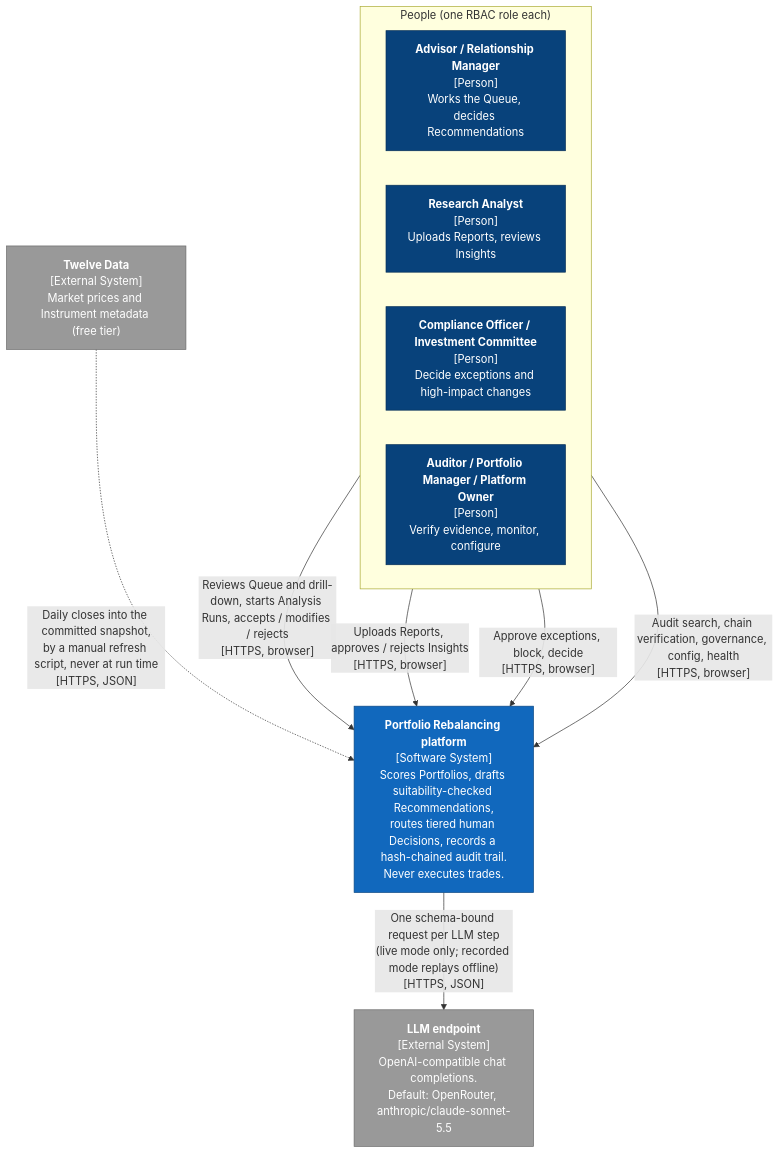
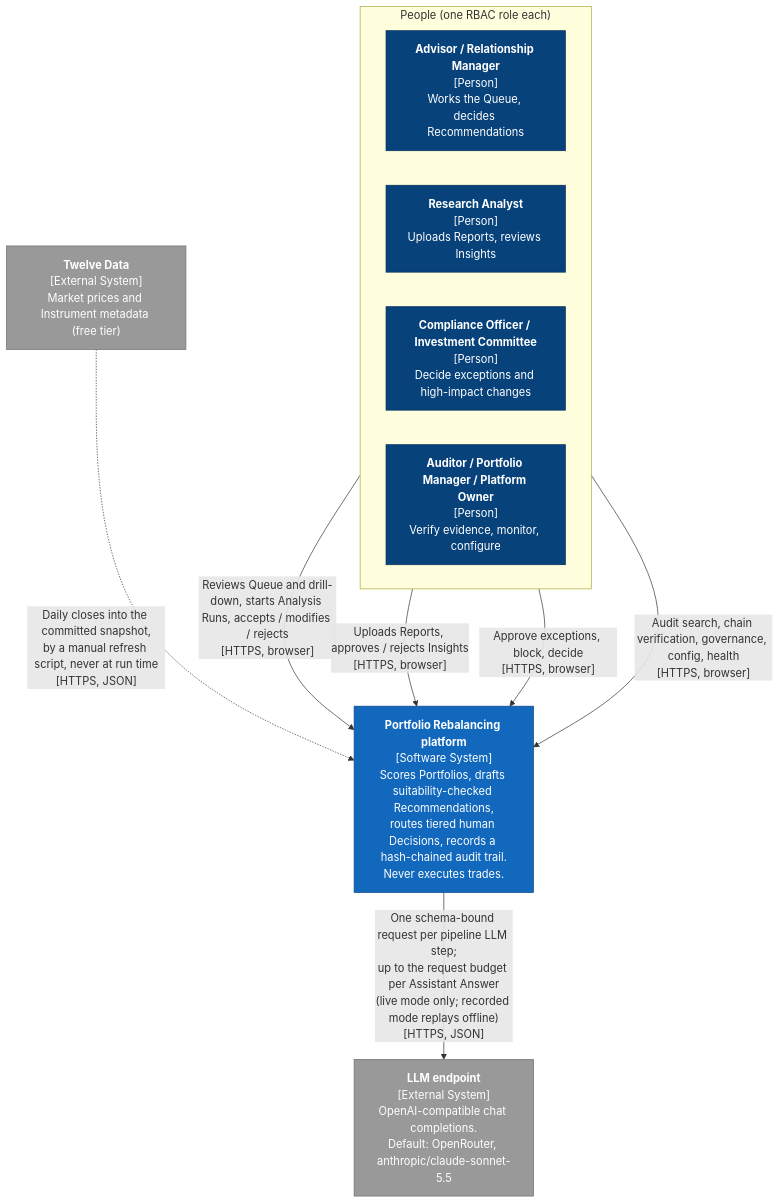
Before and after one commit to anir-kent/alpha-portfolio-ai: the diagram in docs/architecture/03-context-and-scope.md, drawn with Mermaid. The commit also changed other lines of this file and 57 other files, not shown here.

````diff
--- a/docs/architecture/03-context-and-scope.md
+++ b/docs/architecture/03-context-and-scope.md
@@ -9,29 +9,29 @@
 ```mermaid
 flowchart TB
   subgraph people["People (one RBAC role each)"]
     direction LR
     advisor["<b>Advisor / Relationship Manager</b><br/>[Person]<br/>Works the Queue, decides Recommendations"]
     analyst["<b>Research Analyst</b><br/>[Person]<br/>Uploads Reports, reviews Insights"]
     approvers["<b>Compliance Officer / Investment Committee</b><br/>[Person]<br/>Decide exceptions and high-impact changes"]
     oversight["<b>Auditor / Portfolio Manager / Platform Owner</b><br/>[Person]<br/>Verify evidence, monitor, configure"]
   end
 
   platform["<b>Portfolio Rebalancing platform</b><br/>[Software System]<br/>Scores Portfolios, drafts suitability-checked Recommendations,<br/>routes tiered human Decisions, records a hash-chained audit trail.<br/>Never executes trades."]
 
   llm["<b>LLM endpoint</b><br/>[External System]<br/>OpenAI-compatible chat completions.<br/>Default: OpenRouter, anthropic/claude-sonnet-5.5"]
   twelve["<b>Twelve Data</b><br/>[External System]<br/>Market prices and Instrument metadata (free tier)"]
 
   advisor -->|"Reviews Queue and drill-down, starts Analysis Runs, accepts / modifies / rejects<br/>[HTTPS, browser]"| platform
   analyst -->|"Uploads Reports, approves / rejects Insights<br/>[HTTPS, browser]"| platform
   approvers -->|"Approve exceptions, block, decide<br/>[HTTPS, browser]"| platform
   oversight -->|"Audit search, chain verification, governance, config, health<br/>[HTTPS, browser]"| platform
-  platform -->|"One schema-bound request per LLM step<br/>(live mode only; recorded mode replays offline)<br/>[HTTPS, JSON]"| llm
+  platform -->|"One schema-bound request per pipeline LLM step;<br/>up to the request budget per Assistant Answer<br/>(live mode only; recorded mode replays offline)<br/>[HTTPS, JSON]"| llm
   twelve -.->|"Daily closes into the committed snapshot,<br/>by a manual refresh script, never at run time<br/>[HTTPS, JSON]"| platform
 
   classDef person fill:#08427b,stroke:#052e56,color:#ffffff
   classDef system fill:#1168bd,stroke:#0b4884,color:#ffffff
   classDef external fill:#999999,stroke:#6b6b6b,color:#ffffff
   class advisor,analyst,approvers,oversight person
   class platform system
   class llm,twelve external
 ```
````
